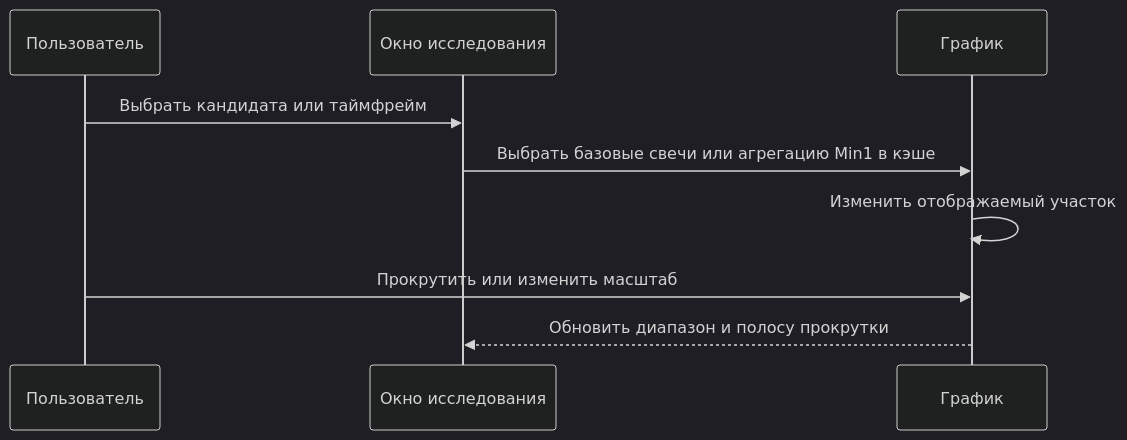
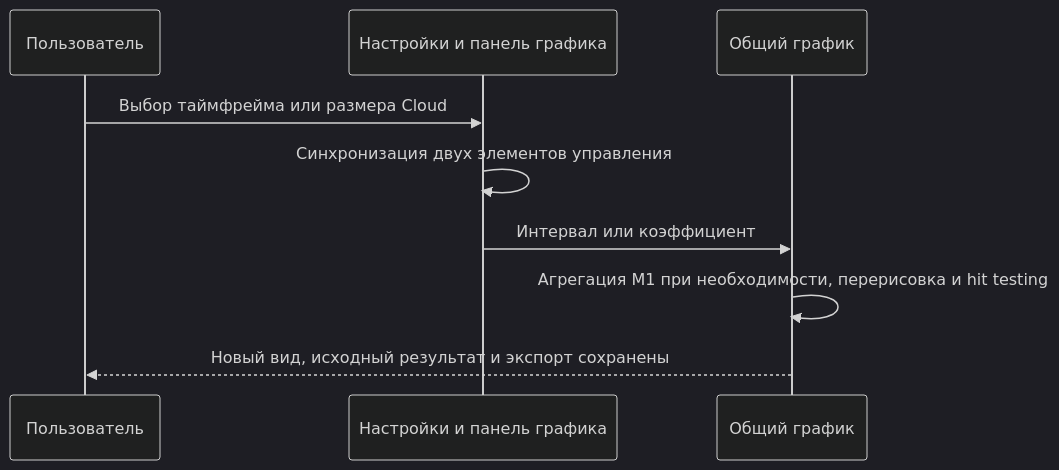
One commit to 2Rukin/OsEngine changed the first of 5 diagrams in project/Documentation/OrderFlow/RESEARCH_MVP_RUNBOOK.md. Above: the diagram before and after it, drawn with Mermaid (dark theme). The commit also changed other lines of this file and 71 other files, not shown here.

First line of the commit message:
feat(order-flow): add tick-based Cloud research and replay

````diff
--- a/project/Documentation/OrderFlow/RESEARCH_MVP_RUNBOOK.md
+++ b/project/Documentation/OrderFlow/RESEARCH_MVP_RUNBOOK.md
@@ -283,11 +163,11 @@
 ```mermaid
 sequenceDiagram
     participant User as Пользователь
-    participant Ui as Окно исследования
-    participant Chart as График
-    User->>Ui: Выбрать кандидата или таймфрейм
-    Ui->>Chart: Выбрать базовые свечи или агрегацию Min1 в кэше
-    Chart->>Chart: Изменить отображаемый участок
-    User->>Chart: Прокрутить или изменить масштаб
-    Chart-->>Ui: Обновить диапазон и полосу прокрутки
+    participant Controls as Настройки и панель графика
+    participant Chart as Общий график
+    User->>Controls: Выбор таймфрейма или размера Cloud
+    Controls->>Controls: Синхронизация двух элементов управления
+    Controls->>Chart: Интервал или коэффициент
+    Chart->>Chart: Агрегация M1 при необходимости, перерисовка и hit testing
+    Chart-->>User: Новый вид, исходный результат и экспорт сохранены
 ```
````
